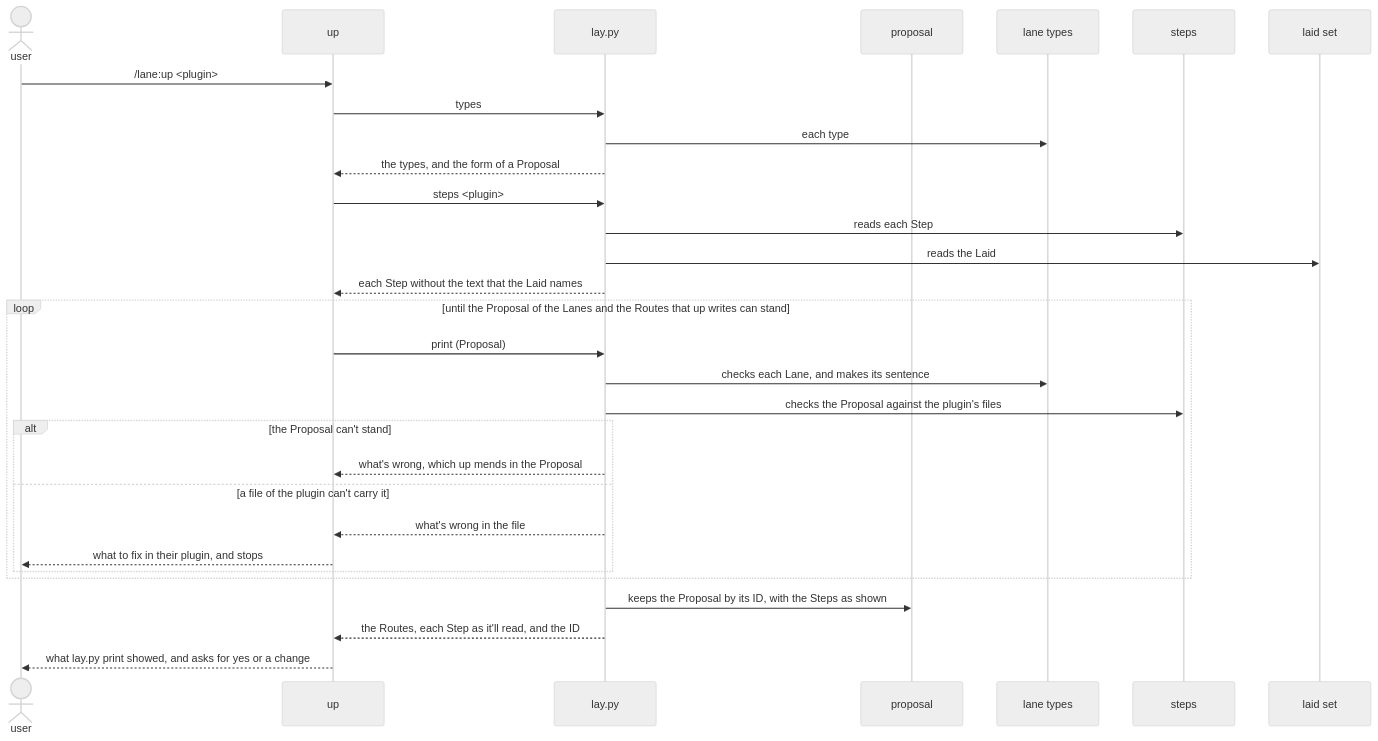
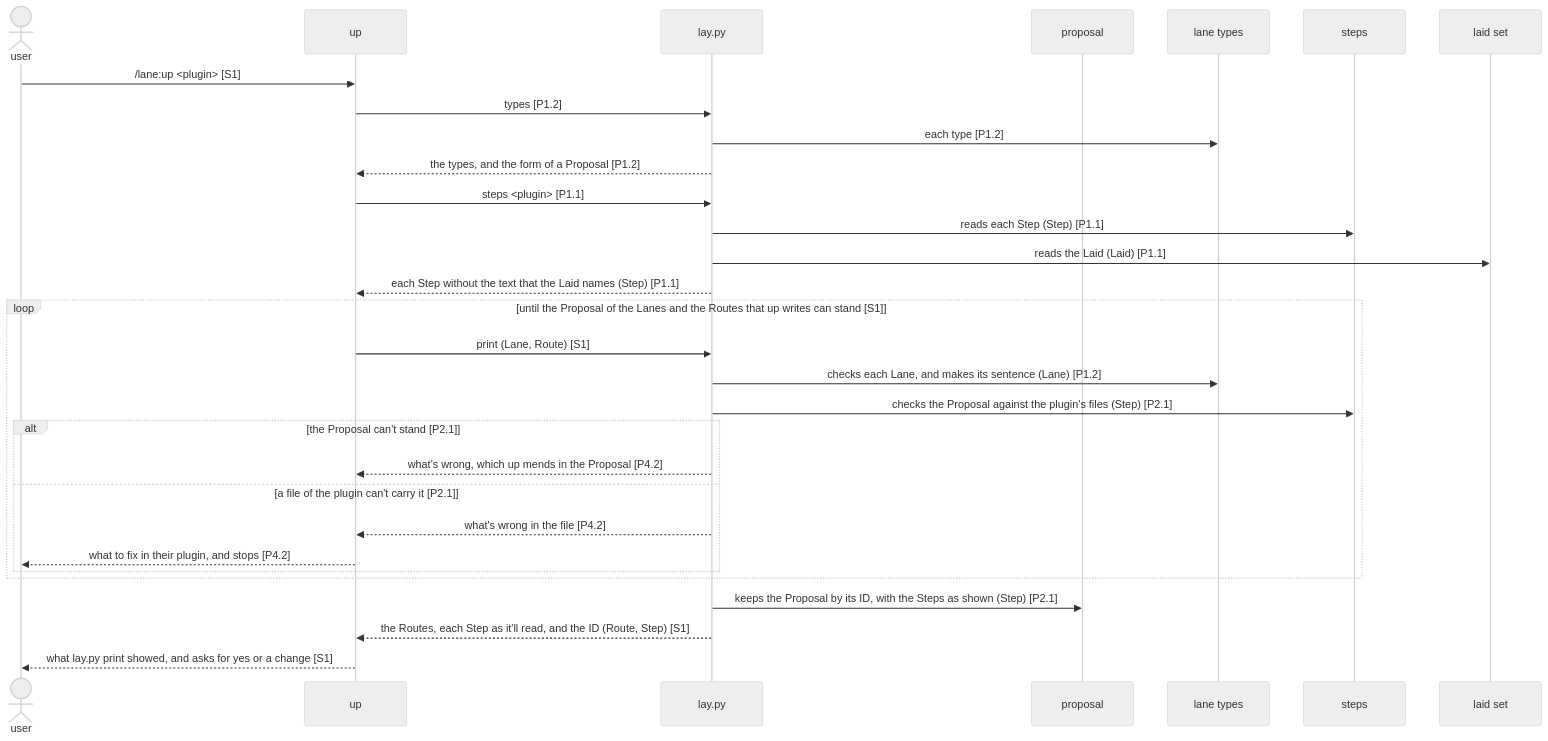
Before and after one commit to lovaizu/ccpm: the first of 6 diagrams in dev/lane/architecture.md, drawn with Mermaid (neutral theme). The commit also changed other lines of this file, not shown here.

````diff
--- a/dev/lane/architecture.md
+++ b/dev/lane/architecture.md
@@ -193,32 +130,32 @@
 ```mermaid
 sequenceDiagram
   actor U as user
   participant UP as up
   participant L as lay.py
   participant P as proposal
   participant T as lane types
   participant ST as steps
   participant LS as laid set
-  U->>UP: /lane:up <plugin>
-  UP->>L: types
-  L->>T: each type
-  L-->>UP: the types, and the form of a Proposal
-  UP->>L: steps <plugin>
-  L->>ST: reads each Step
-  L->>LS: reads the Laid
-  L-->>UP: each Step without the text that the Laid names
-  loop until the Proposal of the Lanes and the Routes that up writes can stand
-    UP->>L: print (Proposal)
-    L->>T: checks each Lane, and makes its sentence
-    L->>ST: checks the Proposal against the plugin's files
-    alt the Proposal can't stand
-      L-->>UP: what's wrong, which up mends in the Proposal
-    else a file of the plugin can't carry it
-      L-->>UP: what's wrong in the file
-      UP-->>U: what to fix in their plugin, and stops
+  U->>UP: /lane:up <plugin> [S1]
+  UP->>L: types [P1.2]
+  L->>T: each type [P1.2]
+  L-->>UP: the types, and the form of a Proposal [P1.2]
+  UP->>L: steps <plugin> [P1.1]
+  L->>ST: reads each Step (Step) [P1.1]
+  L->>LS: reads the Laid (Laid) [P1.1]
+  L-->>UP: each Step without the text that the Laid names (Step) [P1.1]
+  loop until the Proposal of the Lanes and the Routes that up writes can stand [S1]
+    UP->>L: print (Lane, Route) [S1]
+    L->>T: checks each Lane, and makes its sentence (Lane) [P1.2]
+    L->>ST: checks the Proposal against the plugin's files (Step) [P2.1]
+    alt the Proposal can't stand [P2.1]
+      L-->>UP: what's wrong, which up mends in the Proposal [P4.2]
+    else a file of the plugin can't carry it [P2.1]
+      L-->>UP: what's wrong in the file [P4.2]
+      UP-->>U: what to fix in their plugin, and stops [P4.2]
     end
   end
-  L->>P: keeps the Proposal by its ID, with the Steps as shown
-  L-->>UP: the Routes, each Step as it'll read, and the ID
-  UP-->>U: what lay.py print showed, and asks for yes or a change
+  L->>P: keeps the Proposal by its ID, with the Steps as shown (Step) [P2.1]
+  L-->>UP: the Routes, each Step as it'll read, and the ID (Route, Step) [S1]
+  UP-->>U: what lay.py print showed, and asks for yes or a change [S1]
 ```
````
